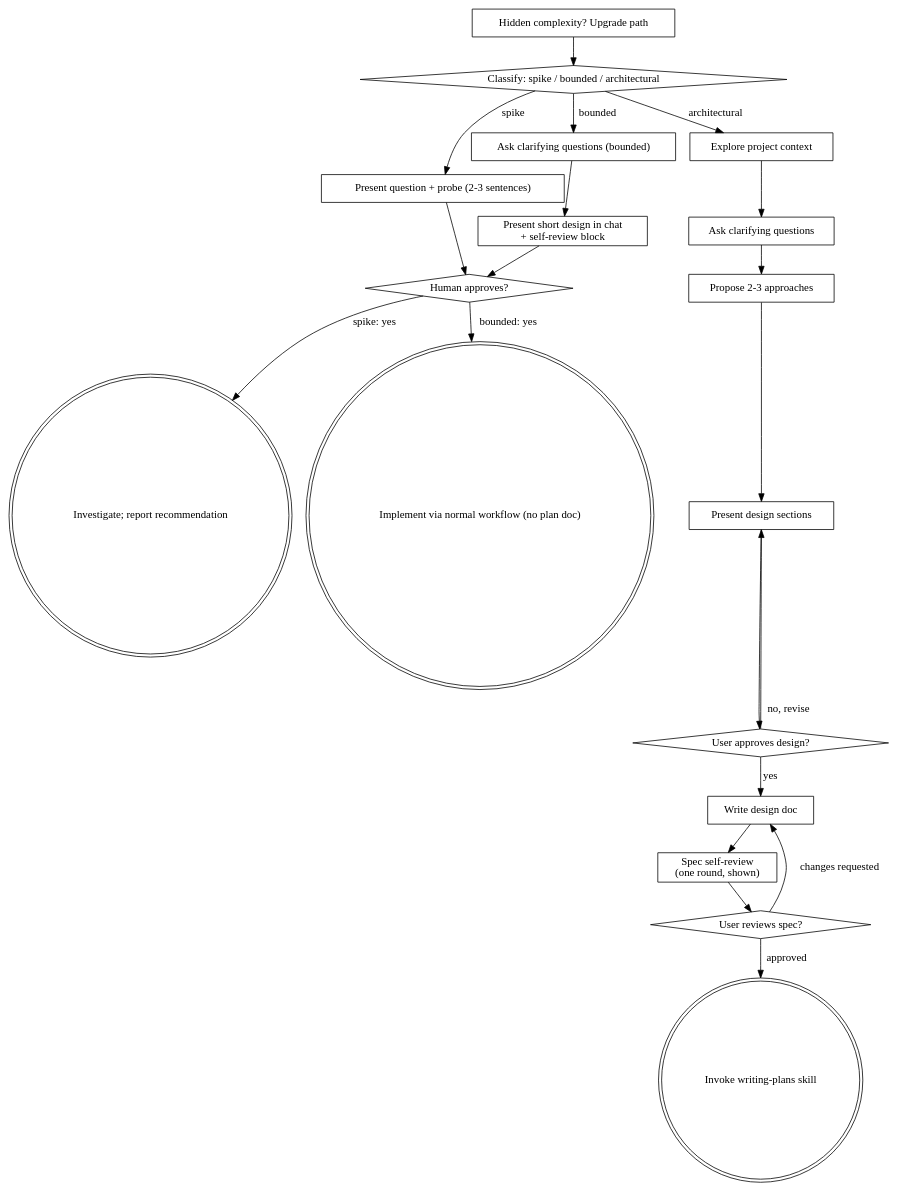
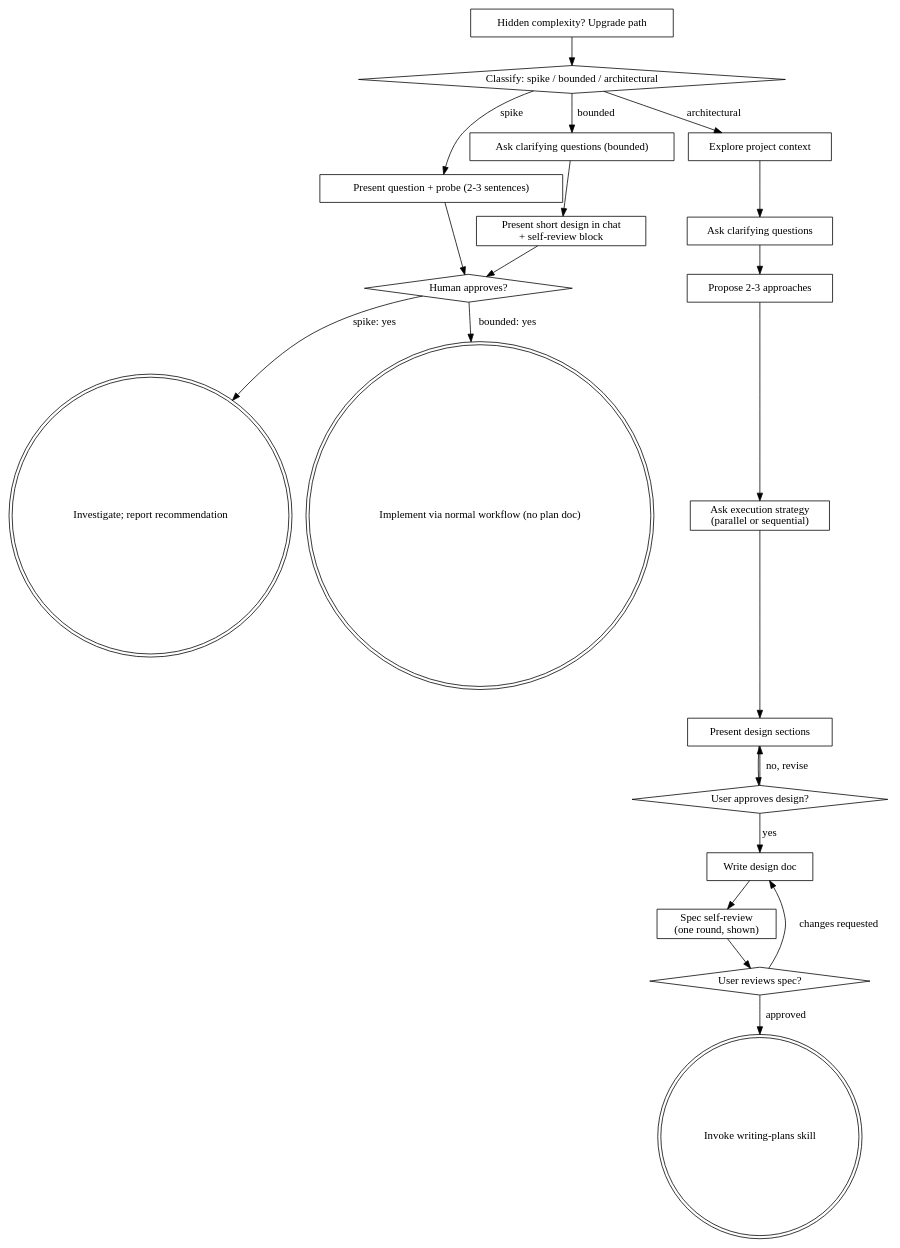
Before and after one commit to darkraise/darkraise-ai-plugins: the diagram in plugins/dr-superpowers/skills/brainstorming/SKILL.md, drawn with Graphviz. The commit also changed other lines of this file and 21 other files, not shown here.

````diff
--- a/plugins/dr-superpowers/skills/brainstorming/SKILL.md
+++ b/plugins/dr-superpowers/skills/brainstorming/SKILL.md
@@ -113,41 +114,43 @@
 ```dot
 digraph brainstorming {
     "Classify: spike / bounded / architectural" [shape=diamond];
     "Present question + probe (2-3 sentences)" [shape=box];
     "Ask clarifying questions (bounded)" [shape=box];
     "Present short design in chat\n+ self-review block" [shape=box];
     "Human approves?" [shape=diamond];
     "Investigate; report recommendation" [shape=doublecircle];
     "Implement via normal workflow (no plan doc)" [shape=doublecircle];
     "Explore project context" [shape=box];
     "Ask clarifying questions" [shape=box];
     "Propose 2-3 approaches" [shape=box];
+    "Ask execution strategy\n(parallel or sequential)" [shape=box];
     "Present design sections" [shape=box];
     "User approves design?" [shape=diamond];
     "Write design doc" [shape=box];
     "Spec self-review\n(one round, shown)" [shape=box];
     "User reviews spec?" [shape=diamond];
     "Invoke writing-plans skill" [shape=doublecircle];
     "Hidden complexity? Upgrade path" [shape=box];
 
     "Classify: spike / bounded / architectural" -> "Present question + probe (2-3 sentences)" [label="spike"];
     "Classify: spike / bounded / architectural" -> "Ask clarifying questions (bounded)" [label="bounded"];
     "Classify: spike / bounded / architectural" -> "Explore project context" [label="architectural"];
     "Present question + probe (2-3 sentences)" -> "Human approves?";
     "Ask clarifying questions (bounded)" -> "Present short design in chat\n+ self-review block";
     "Present short design in chat\n+ self-review block" -> "Human approves?";
     "Human approves?" -> "Investigate; report recommendation" [label="spike: yes"];
     "Human approves?" -> "Implement via normal workflow (no plan doc)" [label="bounded: yes"];
     "Hidden complexity? Upgrade path" -> "Classify: spike / bounded / architectural";
     "Explore project context" -> "Ask clarifying questions";
     "Ask clarifying questions" -> "Propose 2-3 approaches";
-    "Propose 2-3 approaches" -> "Present design sections";
+    "Propose 2-3 approaches" -> "Ask execution strategy\n(parallel or sequential)";
+    "Ask execution strategy\n(parallel or sequential)" -> "Present design sections";
     "Present design sections" -> "User approves design?";
     "User approves design?" -> "Present design sections" [label="no, revise"];
     "User approves design?" -> "Write design doc" [label="yes"];
     "Write design doc" -> "Spec self-review\n(one round, shown)";
     "Spec self-review\n(one round, shown)" -> "User reviews spec?";
     "User reviews spec?" -> "Write design doc" [label="changes requested"];
     "User reviews spec?" -> "Invoke writing-plans skill" [label="approved"];
 }
 ```
````
